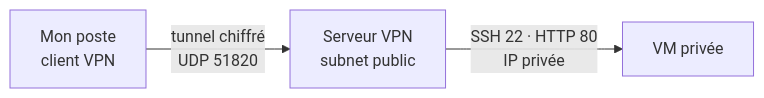
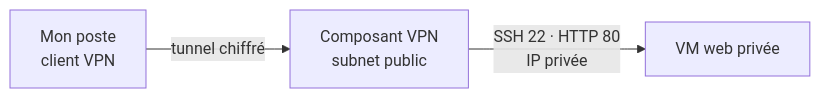
One commit to thomaspeyr31/Doc changed the eighth of 12 diagrams in README.md. Above: the diagram before and after it, drawn with Mermaid. The commit also changed other lines of this file, not shown here.

First line of the commit message:
docs: switch access to VPN and compare VPN options

````diff
--- a/README.md
+++ b/README.md
@@ -595,4 +519,4 @@
 ```mermaid
 flowchart LR
-    P["Mon poste<br/>client VPN"] -- "tunnel chiffré<br/>UDP 51820" --> V["Serveur VPN<br/>subnet public"] -- "SSH 22 · HTTP 80<br/>IP privée" --> VM["VM privée"]
+    P["Mon poste<br/>client VPN"] -- "tunnel chiffré" --> V["Composant VPN<br/>subnet public"] -- "SSH 22 · HTTP 80<br/>IP privée" --> VM["VM web privée"]
 ```
````
